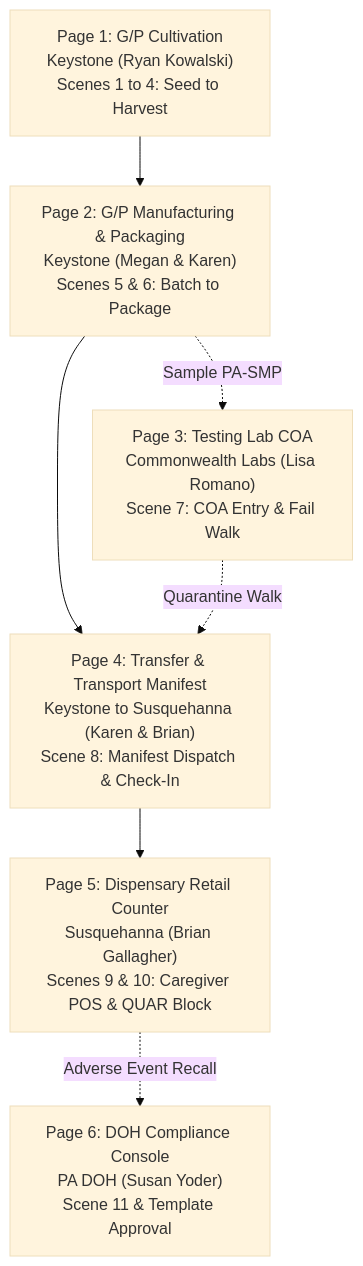
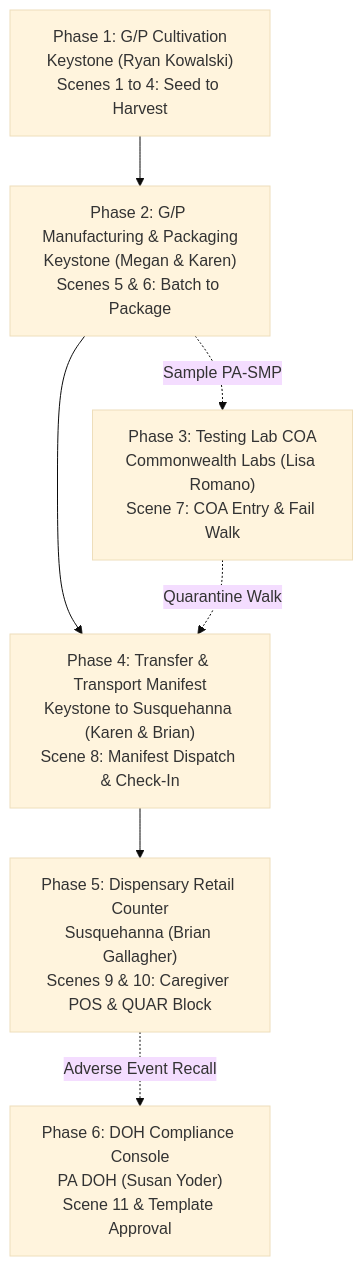
The first of 2 diagrams in docs/PA_SEED_TO_SALE_DEMO_MASTER_SPECIFICATION.md (dipankar-sahoo-b5g/mmap-pde), drawn with Mermaid before and after one commit. The commit also changed other lines of this file and 11 other files, not shown here.

Commit message:
feat: complete Task T26 Mock Registry REST service, Flow invocable wrapper, and demo seed data

````diff
--- a/docs/PA_SEED_TO_SALE_DEMO_MASTER_SPECIFICATION.md
+++ b/docs/PA_SEED_TO_SALE_DEMO_MASTER_SPECIFICATION.md
@@ -159,10 +159,10 @@
 ```mermaid
 %%{init: {'theme': 'base', 'themeVariables': { 'fontSize': '16px', 'fontFamily': 'system-ui, -apple-system, sans-serif' }}}%%
 flowchart TD
-    P1["Page 1: G/P Cultivation<br/>Keystone (Ryan Kowalski)<br/>Scenes 1 to 4: Seed to Harvest"] --> P2["Page 2: G/P Manufacturing & Packaging<br/>Keystone (Megan & Karen)<br/>Scenes 5 & 6: Batch to Package"]
-    P2 --> P4["Page 4: Transfer & Transport Manifest<br/>Keystone to Susquehanna (Karen & Brian)<br/>Scene 8: Manifest Dispatch & Check-In"]
-    P2 -.->|Sample PA-SMP| P3["Page 3: Testing Lab COA<br/>Commonwealth Labs (Lisa Romano)<br/>Scene 7: COA Entry & Fail Walk"]
+    P1["Phase 1: G/P Cultivation<br/>Keystone (Ryan Kowalski)<br/>Scenes 1 to 4: Seed to Harvest"] --> P2["Phase 2: G/P Manufacturing & Packaging<br/>Keystone (Megan & Karen)<br/>Scenes 5 & 6: Batch to Package"]
+    P2 --> P4["Phase 4: Transfer & Transport Manifest<br/>Keystone to Susquehanna (Karen & Brian)<br/>Scene 8: Manifest Dispatch & Check-In"]
+    P2 -.->|Sample PA-SMP| P3["Phase 3: Testing Lab COA<br/>Commonwealth Labs (Lisa Romano)<br/>Scene 7: COA Entry & Fail Walk"]
     P3 -.->|Quarantine Walk| P4
-    P4 --> P5["Page 5: Dispensary Retail Counter<br/>Susquehanna (Brian Gallagher)<br/>Scenes 9 & 10: Caregiver POS & QUAR Block"]
-    P5 -.->|Adverse Event Recall| P6["Page 6: DOH Compliance Console<br/>PA DOH (Susan Yoder)<br/>Scene 11 & Template Approval"]
+    P4 --> P5["Phase 5: Dispensary Retail Counter<br/>Susquehanna (Brian Gallagher)<br/>Scenes 9 & 10: Caregiver POS & QUAR Block"]
+    P5 -.->|Adverse Event Recall| P6["Phase 6: DOH Compliance Console<br/>PA DOH (Susan Yoder)<br/>Scene 11 & Template Approval"]
 ```
````
